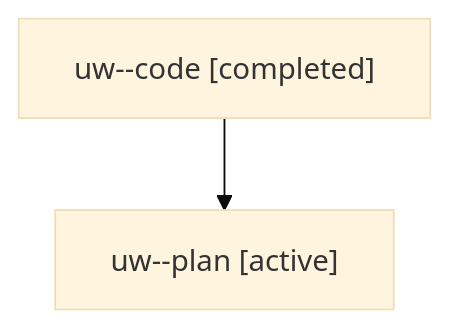
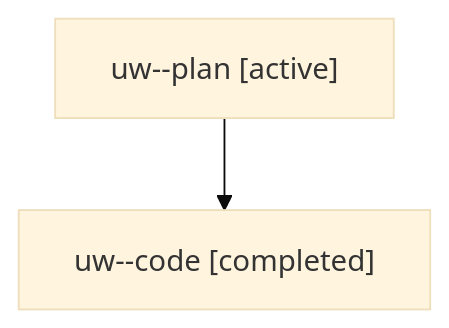
Before and after one commit to bobs-org/bob-cli--agents: the diagram in families/bbugyi200.athena.uw.md, drawn with Mermaid (base theme). The commit also changed 64 other files, not shown here.

````diff
--- a/families/bbugyi200.athena.uw.md
+++ b/families/bbugyi200.athena.uw.md
@@ -9,6 +9,6 @@
 ```mermaid
 flowchart TD
-  n0["uw--code [completed]"]
-  n1["uw--plan [active]"]
+  n0["uw--plan [active]"]
+  n1["uw--code [completed]"]
   n0 --> n1
 ```
````
